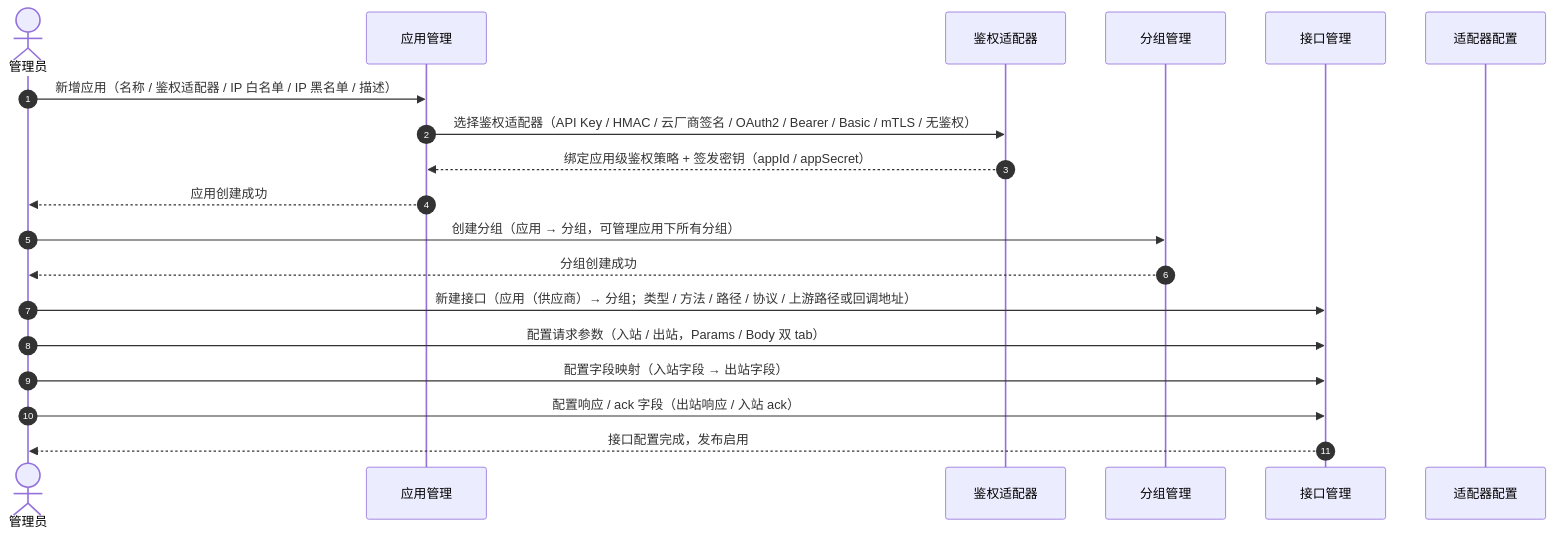
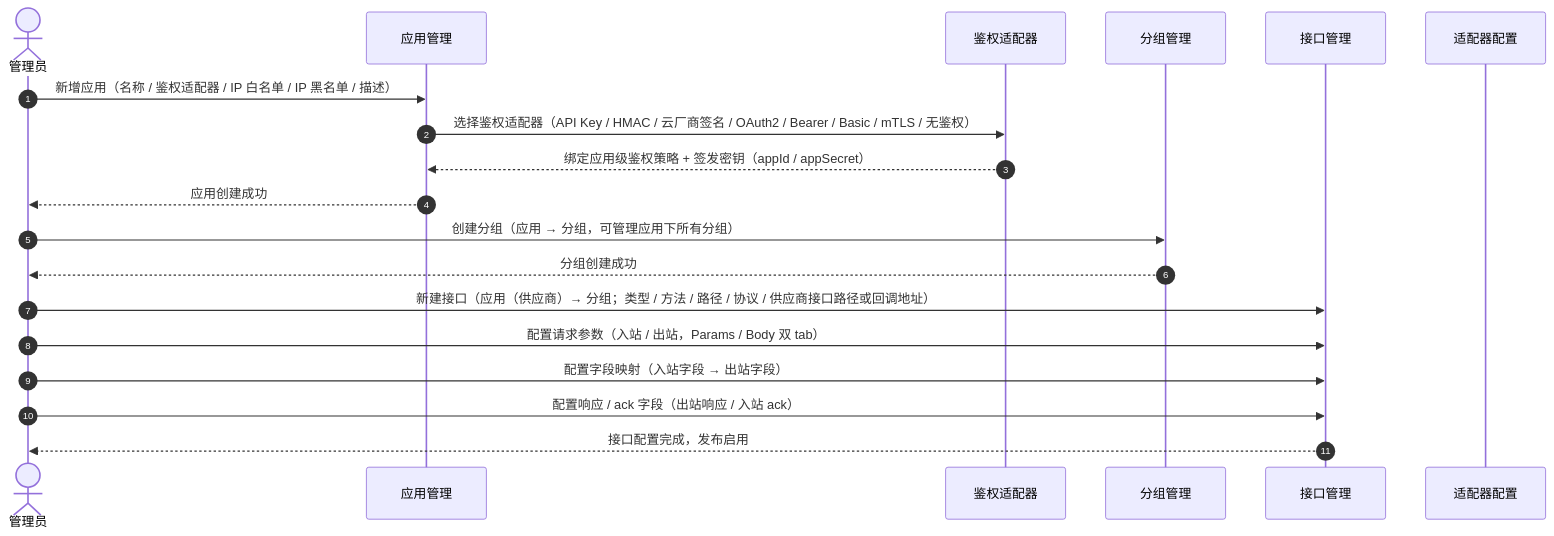
One commit to HelloWorldKing1/apicenter changed the first of 4 diagrams in src/main/resources/doc/API中心时序图与流程图.md. Above: the diagram before and after it, drawn with Mermaid. The commit also changed other lines of this file and 32 other files, not shown here.

````diff
--- a/src/main/resources/doc/API中心时序图与流程图.md
+++ b/src/main/resources/doc/API中心时序图与流程图.md
@@ -7,22 +7,22 @@
 ```mermaid
 sequenceDiagram
     autonumber
     actor 管理员 as 管理员
     participant App as 应用管理
     participant Auth as 鉴权适配器
     participant Grp as 分组管理
     participant Api as 接口管理
     participant Adp as 适配器配置
 
     管理员->>App: 新增应用（名称 / 鉴权适配器 / IP 白名单 / IP 黑名单 / 描述）
     App->>Auth: 选择鉴权适配器（API Key / HMAC / 云厂商签名 / OAuth2 / Bearer / Basic / mTLS / 无鉴权）
     Auth-->>App: 绑定应用级鉴权策略 + 签发密钥（appId / appSecret）
     App-->>管理员: 应用创建成功
     管理员->>Grp: 创建分组（应用 → 分组，可管理应用下所有分组）
     Grp-->>管理员: 分组创建成功
-    管理员->>Api: 新建接口（应用（供应商）→ 分组；类型 / 方法 / 路径 / 协议 / 上游路径或回调地址）
+    管理员->>Api: 新建接口（应用（供应商）→ 分组；类型 / 方法 / 路径 / 协议 / 供应商接口路径或回调地址）
     管理员->>Api: 配置请求参数（入站 / 出站，Params / Body 双 tab）
     管理员->>Api: 配置字段映射（入站字段 → 出站字段）
     管理员->>Api: 配置响应 / ack 字段（出站响应 / 入站 ack）
     Api-->>管理员: 接口配置完成，发布启用
 ```
````
